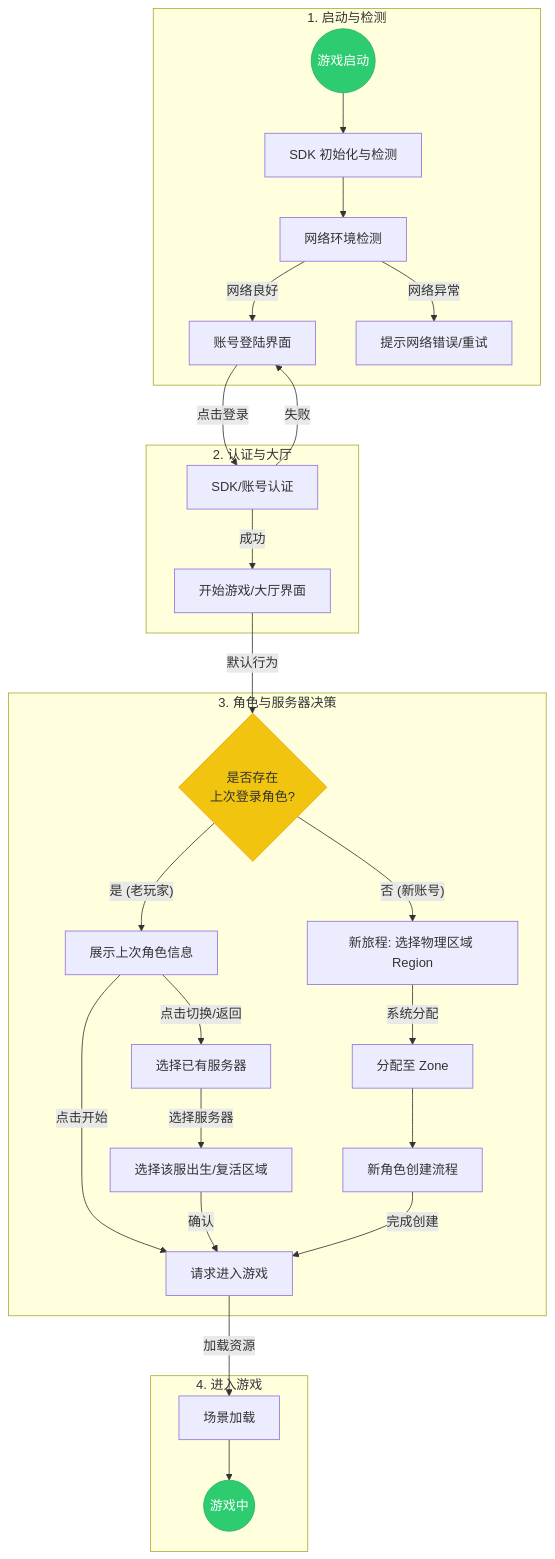
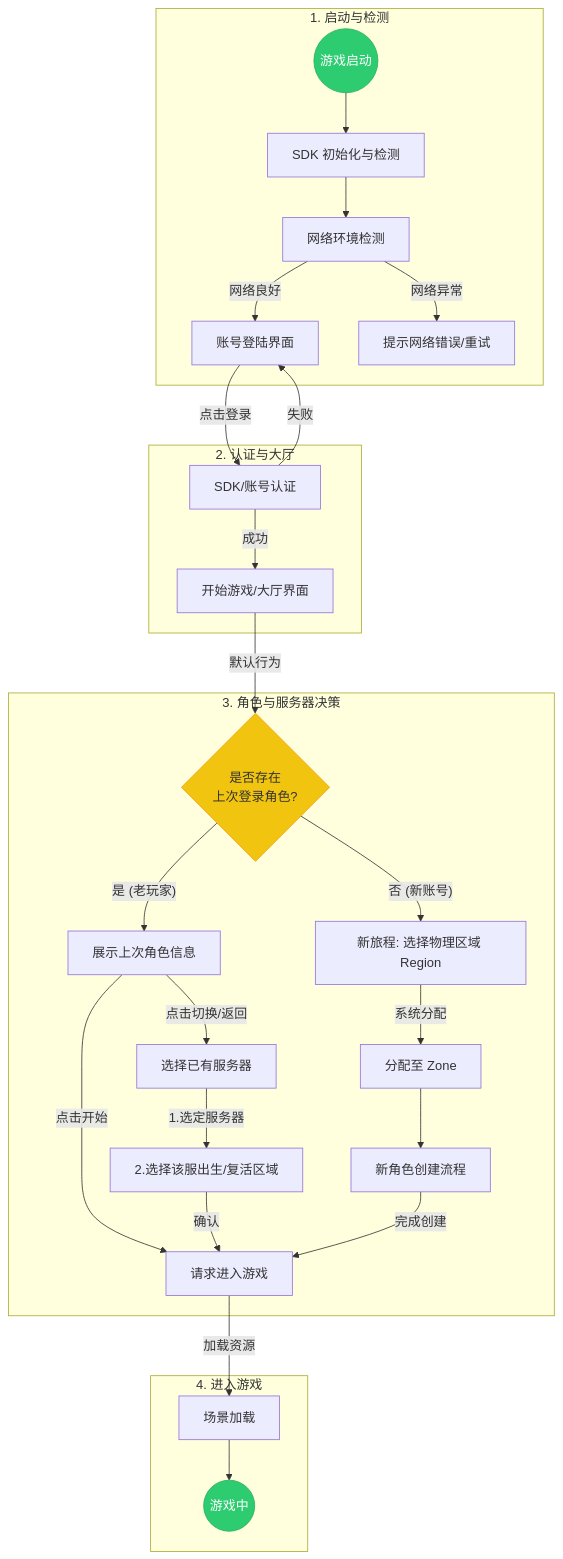
One commit to Sherlock3rd/BeagleDoc changed the diagram in docs/login_flow_design.md. Above: the diagram before and after it, drawn with Mermaid. The commit also changed 1 other file, not shown here.

Commit message:
feat(doc): align login flow diagrams and mockups with scheme2_map_v3 standards

````diff
--- a/docs/login_flow_design.md
+++ b/docs/login_flow_design.md
@@ -7,45 +7,45 @@
 ```mermaid
 graph TD
     %% 阶段定义
     subgraph Stage1_Init [1. 启动与检测]
         Start((游戏启动)) --> SDKCheck[SDK 初始化与检测]
         SDKCheck --> NetCheck[网络环境检测]
         NetCheck -->|网络良好| LoginPage[账号登陆界面]
         NetCheck -->|网络异常| ErrorNet[提示网络错误/重试]
     end
 
     subgraph Stage2_Login [2. 认证与大厅]
         LoginPage -->|点击登录| Auth[SDK/账号认证]
         Auth -->|成功| RoleLobby[开始游戏/大厅界面]
         Auth -->|失败| LoginPage
     end
 
     subgraph Stage3_Selection [3. 角色与服务器决策]
         RoleLobby -->|默认行为| QuickStart{是否存在<br>上次登录角色?}
         
         QuickStart -- 是 (老玩家) --> ShowLastRole[展示上次角色信息]
         ShowLastRole -->|点击开始| EnterGameProcess[请求进入游戏]
         
         ShowLastRole -->|点击切换/返回| SelectExistingServer[选择已有服务器]
         
         QuickStart -- 否 (新账号) --> SelectRegion[新旅程: 选择物理区域 Region]
         
         %% Scheme 2 Selection Logic
         SelectRegion -->|系统分配| EnterZone[分配至 Zone]
         EnterZone --> NewCharFlow[新角色创建流程]
         
-        SelectExistingServer -->|选择服务器| SelectRegionOld[选择该服出生/复活区域]
+        SelectExistingServer -->|1.选定服务器| SelectRegionOld[2.选择该服出生/复活区域]
         SelectRegionOld -->|确认| EnterGameProcess
     end
 
     subgraph Stage4_Entry [4. 进入游戏]
         NewCharFlow -->|完成创建| EnterGameProcess
         EnterGameProcess -->|加载资源| Loading[场景加载]
         Loading --> InGame((游戏中))
     end
     
     %% 样式
     style Start fill:#2ecc71,stroke:#27ae60,color:white
     style InGame fill:#2ecc71,stroke:#27ae60,color:white
     style QuickStart fill:#f1c40f,stroke:#f39c12
 ```
````
